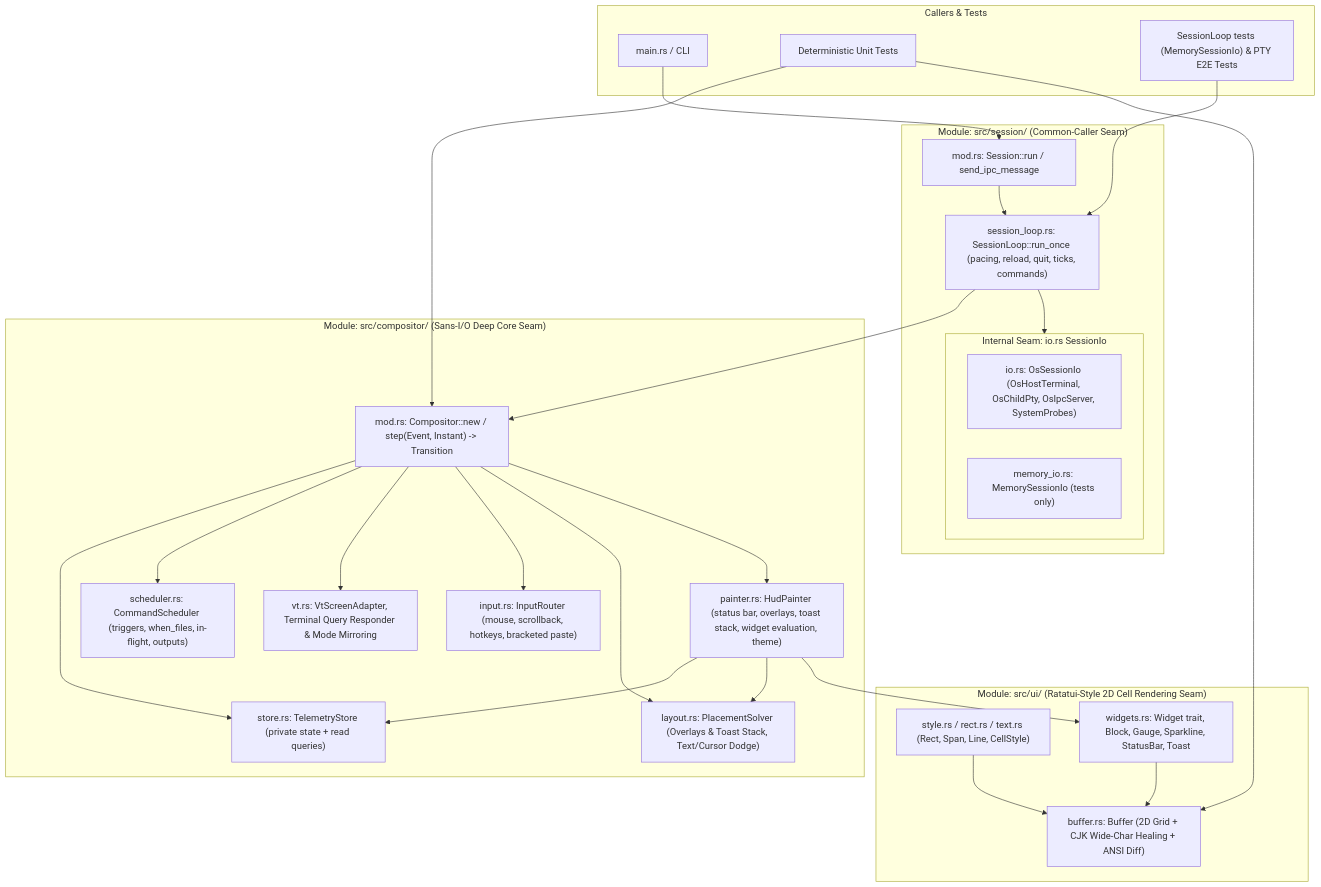
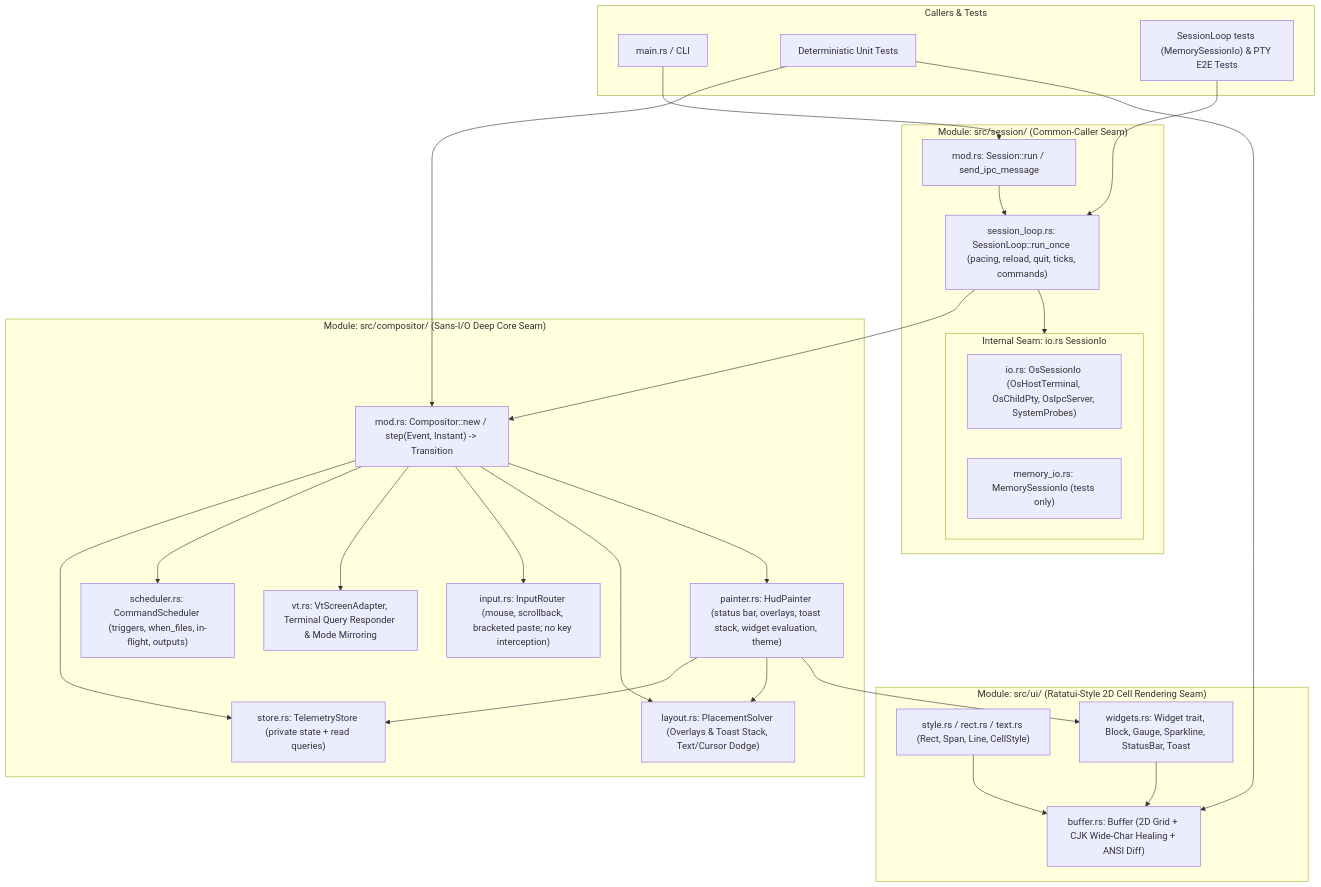
The diagram in docs/architecture/compositor-module.md (yamadayuki/thud), drawn with Mermaid before and after one commit. The commit also changed other lines of this file and 18 other files, not shown here.

First line of the commit message:
refactor(input): stop intercepting keys and capturing the mouse; add thud zen (ADR-011)

````diff
--- a/docs/architecture/compositor-module.md
+++ b/docs/architecture/compositor-module.md
@@ -14,52 +14,52 @@
 ```mermaid
 flowchart TB
     subgraph ExternalCallers["Callers & Tests"]
         CLI["main.rs / CLI"]
         UnitTest["Deterministic Unit Tests"]
         IntegTest["SessionLoop tests (MemorySessionIo) & PTY E2E Tests"]
     end
 
     subgraph SessionModule["Module: src/session/ (Common-Caller Seam)"]
         SessionRun["mod.rs: Session::run / send_ipc_message"]
         Loop["session_loop.rs: SessionLoop::run_once (pacing, reload, quit, ticks, commands)"]
         subgraph InternalSeam["Internal Seam: io.rs SessionIo"]
             OsIo["io.rs: OsSessionIo (OsHostTerminal, OsChildPty, OsIpcServer, SystemProbes)"]
             MemIo["memory_io.rs: MemorySessionIo (tests only)"]
         end
     end
 
     subgraph CompositorModule["Module: src/compositor/ (Sans-I/O Deep Core Seam)"]
         Step["mod.rs: Compositor::new / step(Event, Instant) -> Transition"]
         Store["store.rs: TelemetryStore (private state + read queries)"]
         Painter["painter.rs: HudPainter (status bar, overlays, toast stack, widget evaluation, theme)"]
         Sched["scheduler.rs: CommandScheduler (triggers, when_files, in-flight, outputs)"]
         VTE["vt.rs: VtScreenAdapter, Terminal Query Responder & Mode Mirroring"]
-        Input["input.rs: InputRouter (mouse, scrollback, hotkeys, bracketed paste)"]
+        Input["input.rs: InputRouter (mouse, scrollback, bracketed paste; no key interception)"]
         Layout["layout.rs: PlacementSolver (Overlays & Toast Stack, Text/Cursor Dodge)"]
     end
 
     subgraph UiModule["Module: src/ui/ (Ratatui-Style 2D Cell Rendering Seam)"]
         Primitives["style.rs / rect.rs / text.rs (Rect, Span, Line, CellStyle)"]
         Surface["buffer.rs: Buffer (2D Grid + CJK Wide-Char Healing + ANSI Diff)"]
         Widgets["widgets.rs: Widget trait, Block, Gauge, Sparkline, StatusBar, Toast"]
     end
 
     CLI --> SessionRun
     IntegTest --> Loop
     UnitTest --> Step
     UnitTest --> Surface
     SessionRun --> Loop
     Loop --> InternalSeam
     Loop --> Step
     Step --> Store
     Step --> Sched
     Step --> VTE
     Step --> Input
     Step --> Layout
     Step --> Painter
     Painter --> Store
     Painter --> Layout
     Painter --> Widgets
     Widgets --> Surface
     Primitives --> Surface
 ```
````
